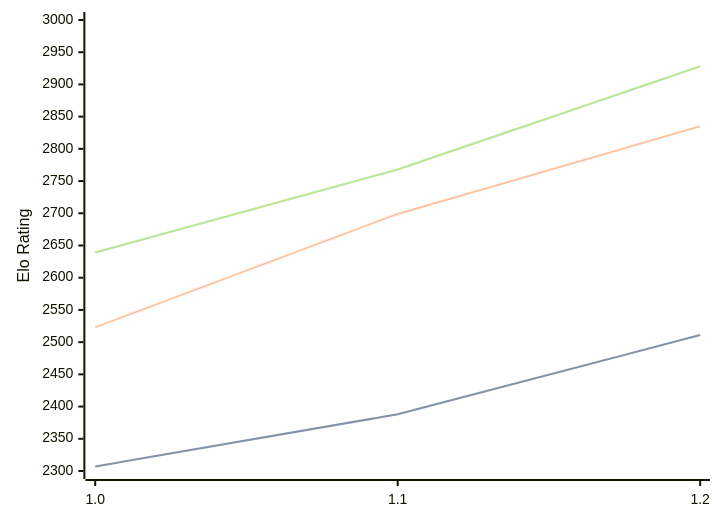
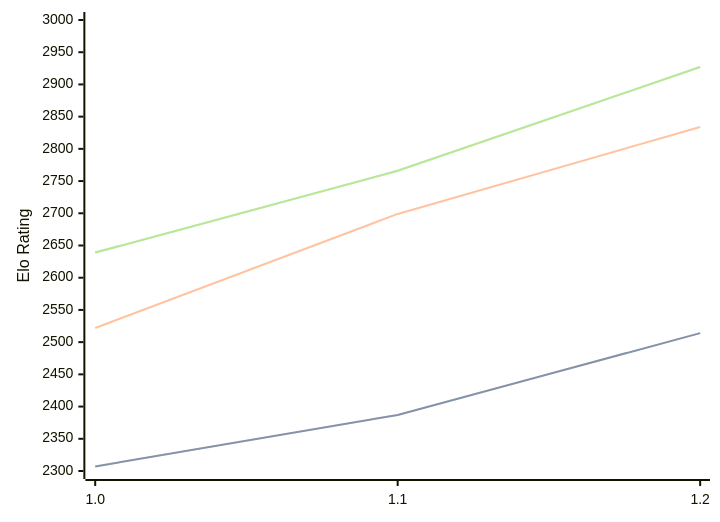
The diagram in engines/FoxChess.md (computer-chess-index/cci), drawn with Mermaid before and after one commit. The commit also changed other lines of this file, not shown here.

Commit message:
Update CCI Ratings (ELO VLTC) - 2026-08-11

````diff
--- a/engines/FoxChess.md
+++ b/engines/FoxChess.md
@@ -33,11 +33,11 @@
 ```mermaid
 %%{init: {"theme":"base","themeVariables":{"seriesColors:['#a3a3a3','#222221','#faa371']}}}%%
 xychart-beta
   x-axis ["1.0", "1.1", "1.2"]
   y-axis "Elo Rating" 2300 --> 3000
-  line "STC (8.0+0.08s)" [2307, 2388, 2511]
-  line "STC (8.0+0.08s)" [2307, 2388, 2511]
-  line "LTC (60.0+0.60s)" [2523, 2699, 2835]
-  line "VLTC (2m24s+1.12s)" [2639, 2768, 2928]
-  line "VLTC (2m24s+1.12s)" [2639, 2768, 2928]
+  line "STC (8.0+0.08s)" [2307, 2387, 2514]
+  line "STC (8.0+0.08s)" [2307, 2387, 2514]
+  line "LTC (60.0+0.60s)" [2522, 2699, 2834]
+  line "VLTC (2m24s+1.12s)" [2639, 2766, 2927]
+  line "VLTC (2m24s+1.12s)" [2639, 2766, 2927]
 ```
````
